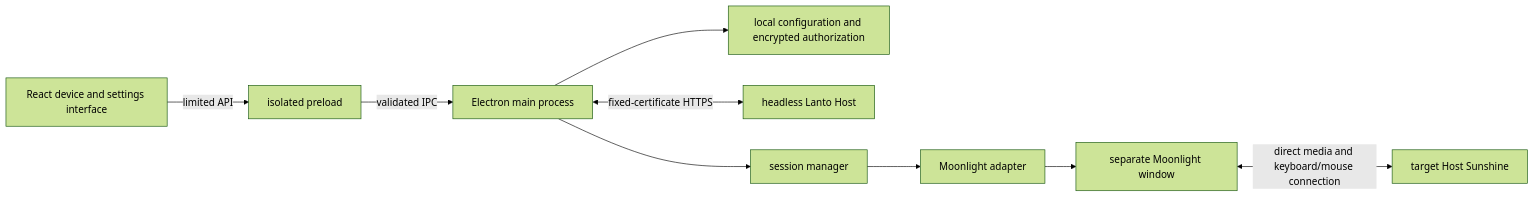
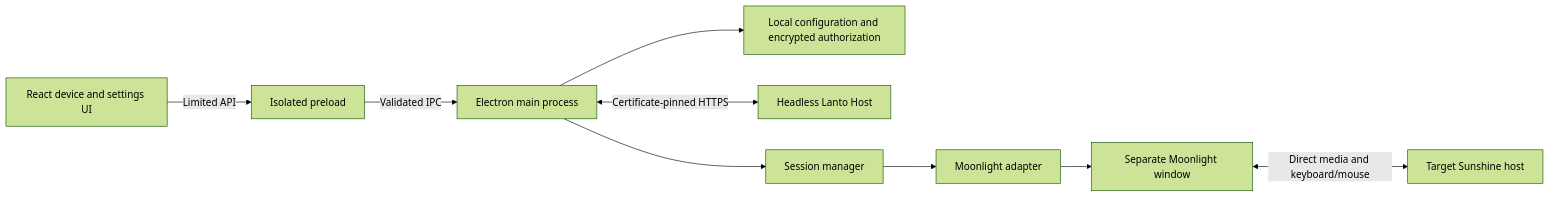
The diagram in docs/architecture.md (omaekumiko3-dev/Lanto), drawn with Mermaid (forest theme) before and after one commit. The commit also changed other lines of this file and 6 other files, not shown here.

````diff
--- a/docs/architecture.md
+++ b/docs/architecture.md
@@ -29,11 +29,11 @@
 ```mermaid
 flowchart LR
-    UI[React device and settings interface] -->|limited API| P[isolated preload]
-    P -->|validated IPC| M[Electron main process]
-    M --> C[local configuration and encrypted authorization]
-    M <-->|fixed-certificate HTTPS| B[headless Lanto Host]
-    M --> S[session manager]
+    UI[React device and settings UI] -->|Limited API| P[Isolated preload]
+    P -->|Validated IPC| M[Electron main process]
+    M --> C[Local configuration and encrypted authorization]
+    M <-->|Certificate-pinned HTTPS| B[Headless Lanto Host]
+    M --> S[Session manager]
     S --> A[Moonlight adapter]
-    A --> Q[separate Moonlight window]
-    Q <-->|direct media and keyboard/mouse connection| H[target Host Sunshine]
+    A --> Q[Separate Moonlight window]
+    Q <-->|Direct media and keyboard/mouse| H[Target Sunshine host]
 ```
````
